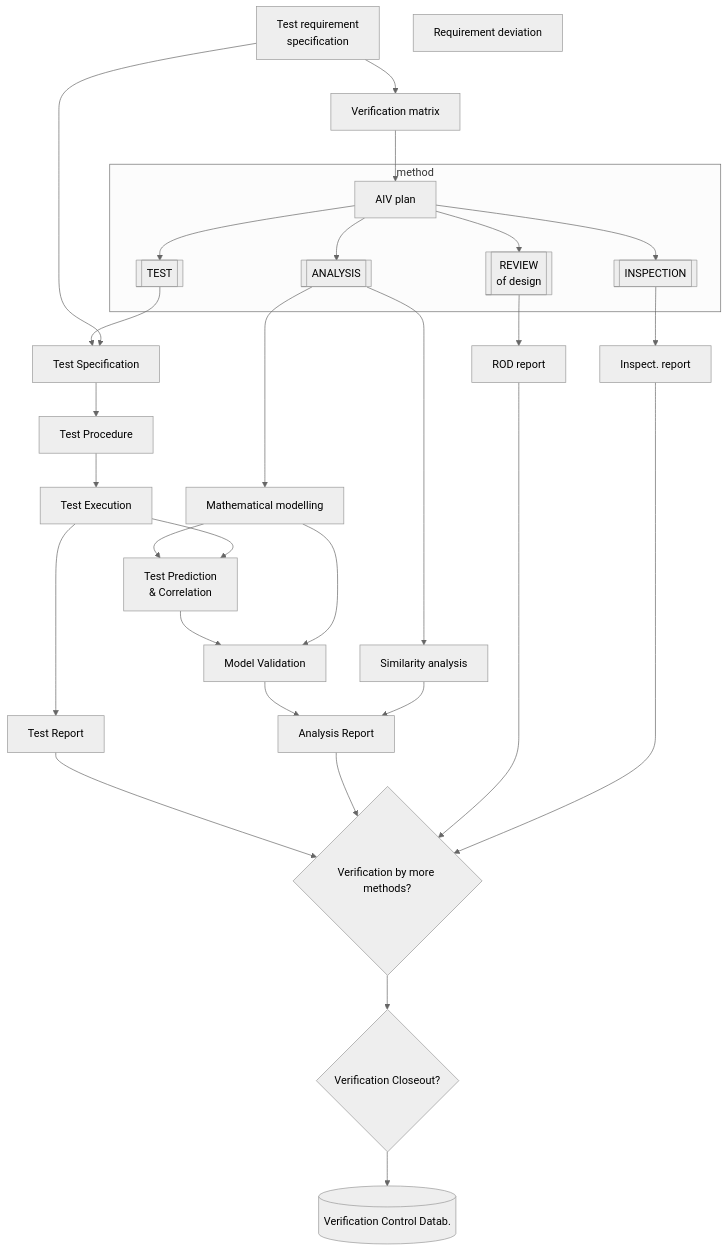
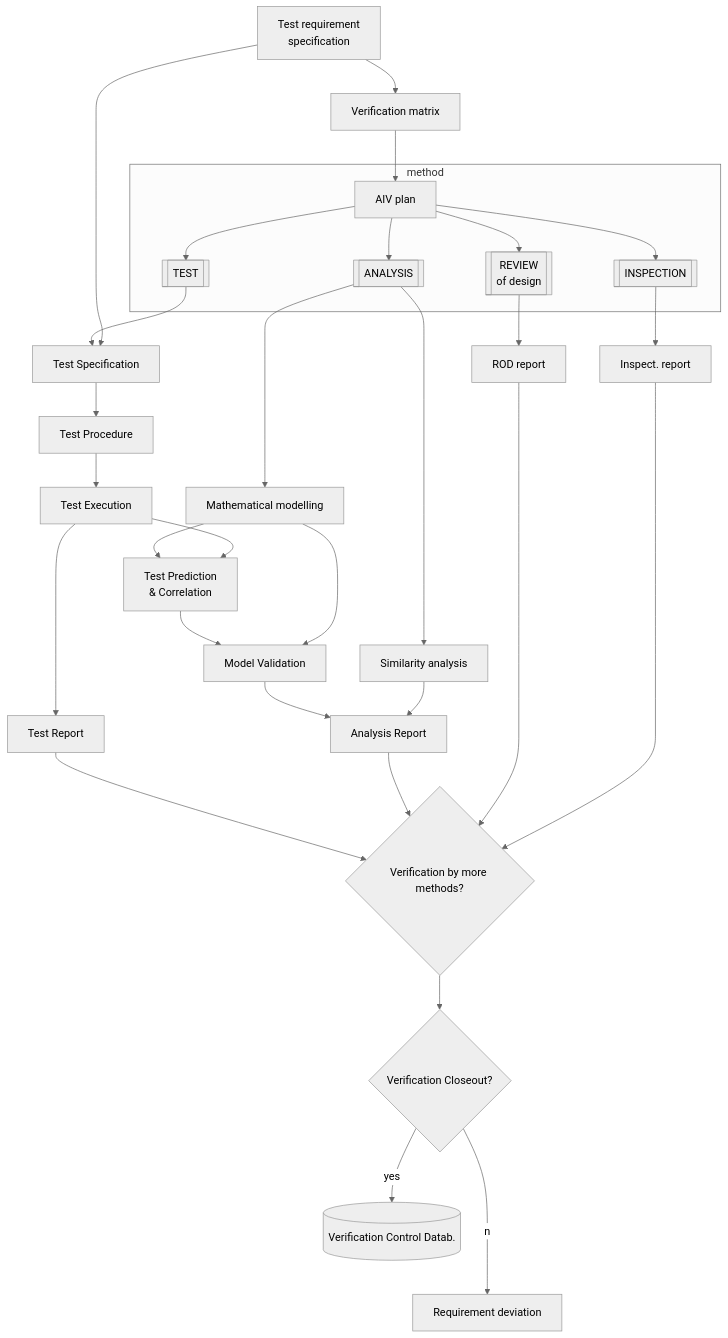
One commit to limu007/quvik changed the diagram in calib/Validation.md. Above: the diagram before and after it, drawn with Mermaid (neutral theme).

````diff
--- a/calib/Validation.md
+++ b/calib/Validation.md
@@ -3,55 +3,56 @@
 ```mermaid
 flowchart TD
 
   TRS["`Test requirement
   specification`"]
   VM["Verification matrix"]
   VCD[(Verification Control Datab.)]
 
   AIV["AIV plan"]
 
     TEST[["TEST"]]
     INS[["INSPECTION"]]
     ANAL[["ANALYSIS"]]
     ROD[["`REVIEW
     of design`"]]
 
   TS["Test Specification"]
   TP["Test Procedure"]
   TE["Test Execution"]
   TPC["`Test Prediction
 & Correlation`"]
   TR["Test Report"]
 
   IR["Inspect. report"]
   MM["Mathematical modelling"]
   MV["Model Validation"]
   SM["Similarity analysis"]
   AR["Analysis Report"]
 
   RR["ROD report"]
 
   RD["Requirement deviation"]
 
   meth{"Verification by more methods?"}
   close{"Verification Closeout?"}
 
 subgraph method
   AIV --> TEST
   AIV --> ANAL
   AIV --> ROD
   AIV --> INS
 end
   TEST --> TS --> TP --> TE --> TR --> meth
   TRS --> VM --> AIV
   TRS --> TS
   
   ANAL --> MM --> TPC --> MV --> AR
   ANAL --> SM --> AR --> meth
   ROD --> RR --> meth
   INS --> IR --> meth
   MM --> MV
   TE --> TPC
-  meth --> close --> VCD
+  meth --> close --yes--> VCD
+  close --no--> RD
 
 ```
````
